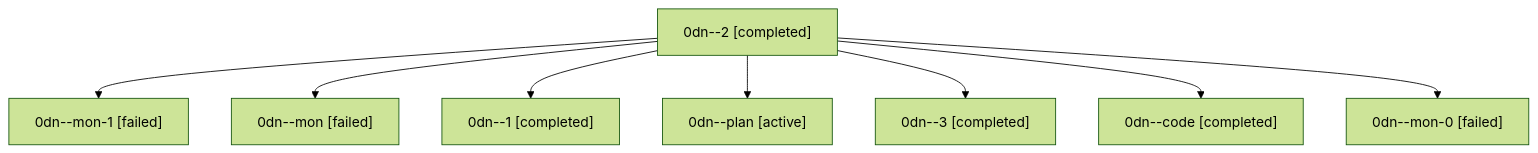
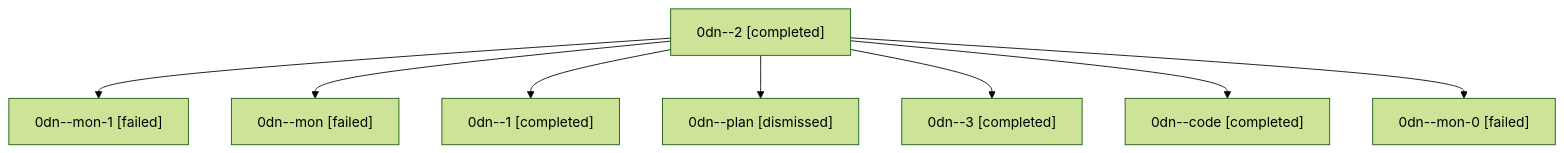
Before and after one commit to sase-org/sase--agents: the diagram in sessions/bbugyi200.athena.0dn.md, drawn with Mermaid (forest theme). The commit also changed other lines of this file and 35 other files, not shown here.

````diff
--- a/sessions/bbugyi200.athena.0dn.md
+++ b/sessions/bbugyi200.athena.0dn.md
@@ -9,18 +9,18 @@
 ```mermaid
 flowchart TD
   n0["0dn--2 [completed]"]
   n1["0dn--mon-1 [failed]"]
   n0 --> n1
   n2["0dn--mon [failed]"]
   n0 --> n2
   n3["0dn--1 [completed]"]
   n0 --> n3
-  n4["0dn--plan [active]"]
+  n4["0dn--plan [dismissed]"]
   n0 --> n4
   n5["0dn--3 [completed]"]
   n0 --> n5
   n6["0dn--code [completed]"]
   n0 --> n6
   n7["0dn--mon-0 [failed]"]
   n0 --> n7
 ```
````
